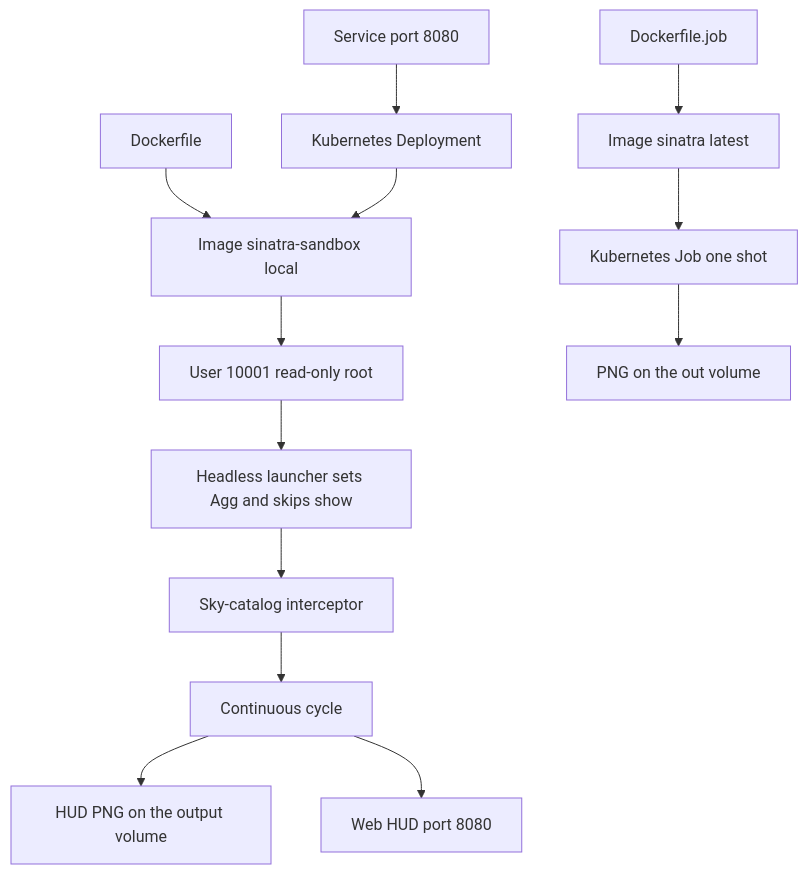
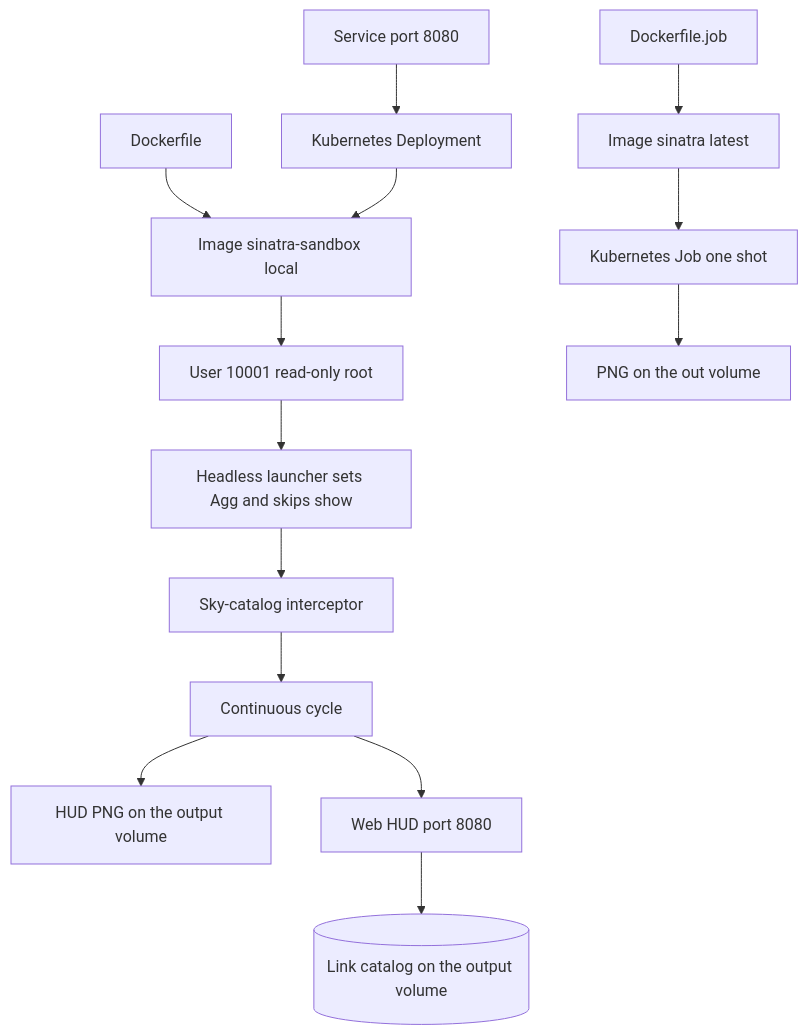
Before and after one commit to code4johnm/sinatra_audit: the second of 3 diagrams in README.md, drawn with Mermaid. The commit also changed other lines of this file and 21 other files, not shown here.

````diff
--- a/README.md
+++ b/README.md
@@ -101,30 +113,32 @@
 ```mermaid
 graph TD
   docker[Dockerfile]
   image[Image sinatra-sandbox local]
   user[User 10001 read-only root]
   launch[Headless launcher sets Agg and skips show]
   script[Sky-catalog interceptor]
   loop[Continuous cycle]
   png[HUD PNG on the output volume]
   web[Web HUD port 8080]
+  catalog[(Link catalog on the output volume)]
   dep[Kubernetes Deployment]
   svc[Service port 8080]
   jobfile[Dockerfile.job]
   jobimg[Image sinatra latest]
   job[Kubernetes Job one shot]
   outvol[PNG on the out volume]
 
   docker --> image
   image --> user
   user --> launch
   launch --> script
   script --> loop
   loop --> png
   loop --> web
+  web --> catalog
   dep --> image
   svc --> dep
   jobfile --> jobimg
   jobimg --> job
   job --> outvol
 ```
````
